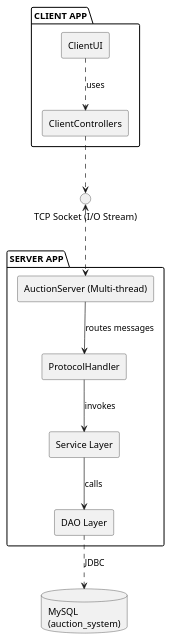
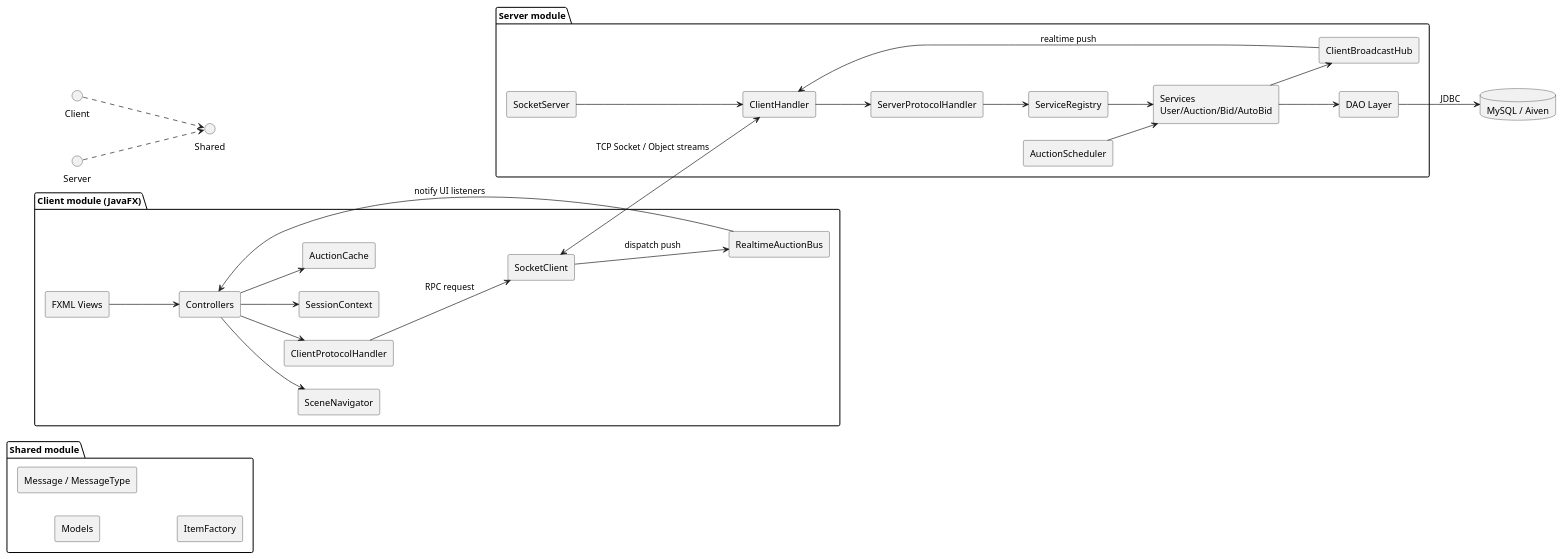
One commit to duydo11/auction-system-cua-hai-giang-duy-va-beo changed the diagram in docs/diagrams/architecture.puml. Above: the diagram before and after it, drawn with PlantUML. The commit also changed 24 other files, not shown here.

First line of the commit message:
docs: refresh UML diagrams to match current architecture

```diff
--- a/docs/diagrams/architecture.puml
+++ b/docs/diagrams/architecture.puml
@@ -1,28 +1,58 @@
 @startuml
-' Architecture / Component diagram
+' Architecture overview - current codebase
 skinparam componentStyle rectangle
-package "CLIENT APP" {
-  [ClientUI] as UI
-  [ClientControllers] as ClientCtrl
-  UI ..> ClientCtrl : uses
+left to right direction
+
+package "Client module (JavaFX)" {
+  [FXML Views] as Views
+  [Controllers] as Controllers
+  [SceneNavigator] as Navigator
+  [ClientProtocolHandler] as CPH
+  [SocketClient] as SC
+  [SessionContext] as Session
+  [AuctionCache] as Cache
+  [RealtimeAuctionBus] as Bus
+
+  Views --> Controllers
+  Controllers --> Navigator
+  Controllers --> CPH
+  Controllers --> Session
+  Controllers --> Cache
+  SC --> Bus : dispatch push
+  Bus --> Controllers : notify UI listeners
 }
 
-interface "TCP Socket (I/O Stream)" as Network
+package "Shared module" {
+  [Models] as Models
+  [Message / MessageType] as Protocol
+  [ItemFactory] as Factory
+}
 
-package "SERVER APP" {
-  [AuctionServer (Multi-thread)] as ServerCore
-  [ProtocolHandler] as Protocol
-  [Service Layer] as Service
+package "Server module" {
+  [SocketServer] as SS
+  [ClientHandler] as CH
+  [ServerProtocolHandler] as SPH
+  [ServiceRegistry] as Registry
+  [Services\nUser/Auction/Bid/AutoBid] as Services
+  [AuctionScheduler] as Scheduler
+  [ClientBroadcastHub] as Broadcast
   [DAO Layer] as DAO
 
-  ServerCore --> Protocol : routes messages
-  Protocol --> Service : invokes
-  Service --> DAO : calls
+  SS --> CH
+  CH --> SPH
+  SPH --> Registry
+  Registry --> Services
+  Scheduler --> Services
+  Services --> DAO
+  Services --> Broadcast
+  Broadcast --> CH : realtime push
 }
 
-database "MySQL\n(auction_system)" as DB
+database "MySQL / Aiven" as DB
 
-ClientCtrl ..> Network
-Network <..> ServerCore
-DAO ..> DB : JDBC
+CPH --> SC : RPC request
+SC <--> CH : TCP Socket / Object streams
+DAO --> DB : JDBC
+Client ..> Shared
+Server ..> Shared
 @enduml
```
